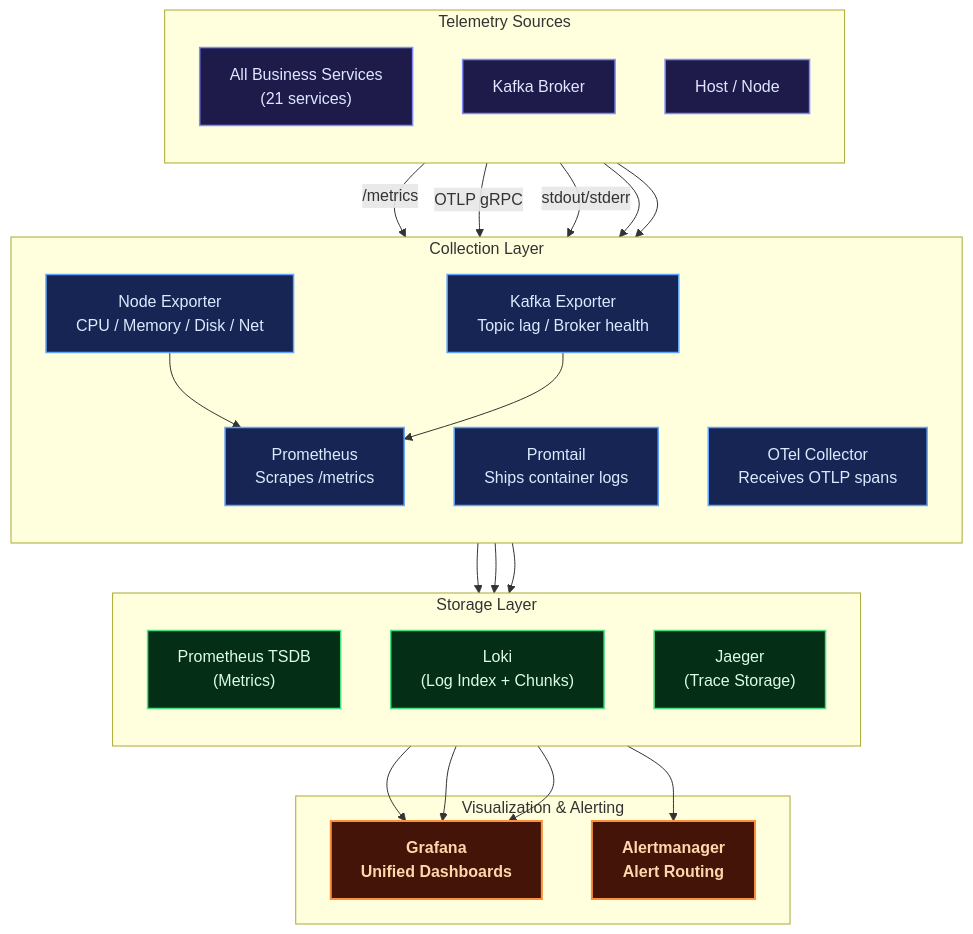
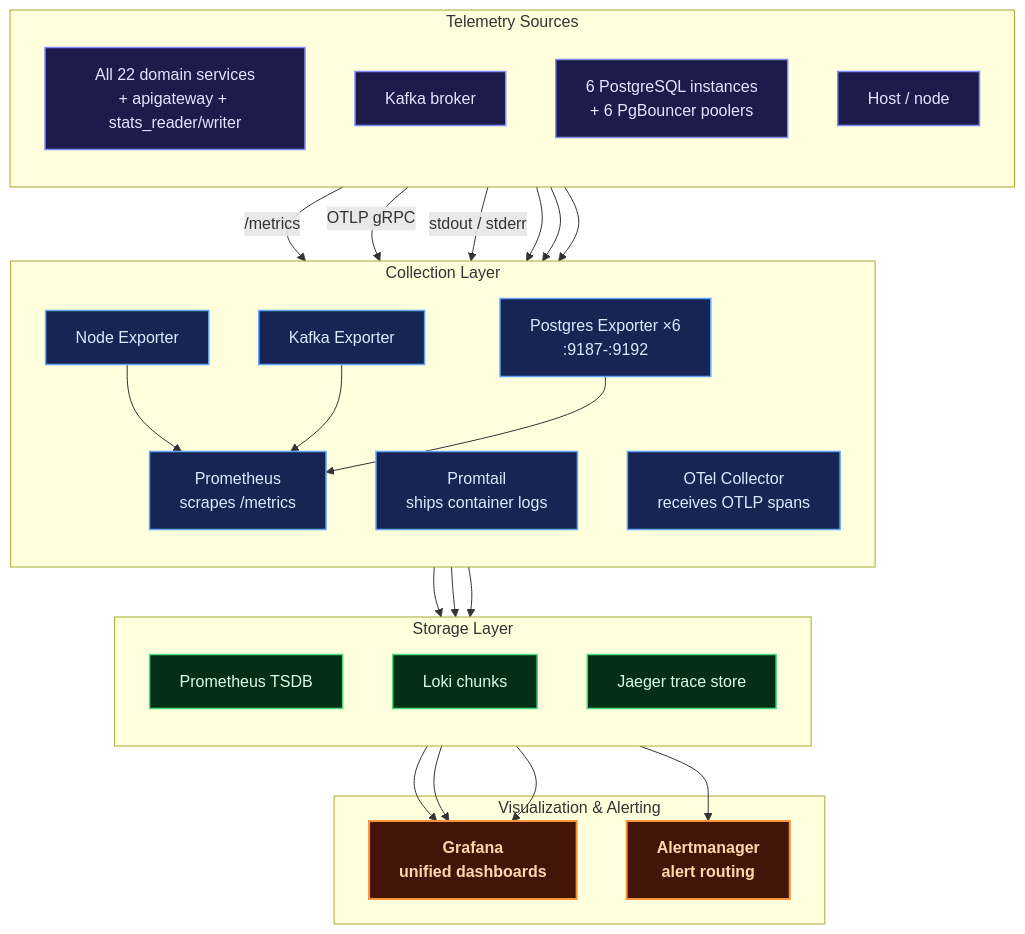
One commit to MamangRust/microservice-ecommerce-grpc-graphql changed diagram 12 of 14 in README.md. Above: the diagram before and after it, drawn with Mermaid. The commit also changed other lines of this file and 1253 other files, not shown here.

Commit message:
PostgreSQL cluster-per-bounded-context

````diff
--- a/README.md
+++ b/README.md
@@ -336,52 +812,56 @@
 ```mermaid
 graph TB
     classDef service fill:#1e1b4b,stroke:#818cf8,color:#e0e7ff,stroke-width:1.5px
     classDef collector fill:#172554,stroke:#60a5fa,color:#dbeafe,stroke-width:1.5px
     classDef storage fill:#052e16,stroke:#4ade80,color:#dcfce7,stroke-width:1.5px
     classDef viz fill:#431407,stroke:#fb923c,color:#fed7aa,stroke-width:2px,font-weight:bold
 
     subgraph Sources["Telemetry Sources"]
         direction TB
-        SVCS["All Business Services<br/>(21 services)"]:::service
-        KAFKA_SRC["Kafka Broker"]:::service
-        NODES["Host / Node"]:::service
+        SVCS["All 22 domain services<br/>+ apigateway + stats_reader/writer"]:::service
+        KAFKA_SRC["Kafka broker"]:::service
+        PG_SRC["6 PostgreSQL instances<br/>+ 6 PgBouncer poolers"]:::service
+        NODES["Host / node"]:::service
     end
 
     subgraph Collectors["Collection Layer"]
         direction TB
-        PROM["Prometheus<br/>Scrapes /metrics"]:::collector
-        PROMTAIL["Promtail<br/>Ships container logs"]:::collector
-        OTEL["OTel Collector<br/>Receives OTLP spans"]:::collector
-        NODEX["Node Exporter<br/>CPU / Memory / Disk / Net"]:::collector
-        KAFKAX["Kafka Exporter<br/>Topic lag / Broker health"]:::collector
+        PROM["Prometheus<br/>scrapes /metrics"]:::collector
+        PROMTAIL["Promtail<br/>ships container logs"]:::collector
+        OTEL["OTel Collector<br/>receives OTLP spans"]:::collector
+        NODEX["Node Exporter"]:::collector
+        KAFKAX["Kafka Exporter"]:::collector
+        PGX["Postgres Exporter ×6<br/>:9187-:9192"]:::collector
     end
 
     subgraph Storage["Storage Layer"]
         direction TB
-        PROM_TSDB["Prometheus TSDB<br/>(Metrics)"]:::storage
-        LOKI_STORE["Loki<br/>(Log Index + Chunks)"]:::storage
-        JAEGER_STORE["Jaeger<br/>(Trace Storage)"]:::storage
+        PROM_TSDB["Prometheus TSDB"]:::storage
+        LOKI_STORE["Loki chunks"]:::storage
+        JAEGER_STORE["Jaeger trace store"]:::storage
     end
 
     subgraph Visualization["Visualization & Alerting"]
-        GRAFANA["Grafana<br/>Unified Dashboards"]:::viz
-        ALERTMGR["Alertmanager<br/>Alert Routing"]:::viz
+        GRAFANA["Grafana<br/>unified dashboards"]:::viz
+        ALERTMGR["Alertmanager<br/>alert routing"]:::viz
     end
 
     SVCS -->|"/metrics"| PROM
     SVCS -->|"OTLP gRPC"| OTEL
-    SVCS -->|"stdout/stderr"| PROMTAIL
+    SVCS -->|"stdout / stderr"| PROMTAIL
     NODES --> NODEX
     KAFKA_SRC --> KAFKAX
+    PG_SRC --> PGX
 
     NODEX --> PROM
     KAFKAX --> PROM
+    PGX --> PROM
     PROM --> PROM_TSDB
     PROMTAIL --> LOKI_STORE
     OTEL --> JAEGER_STORE
 
     PROM_TSDB --> GRAFANA
     LOKI_STORE --> GRAFANA
     JAEGER_STORE --> GRAFANA
     PROM_TSDB --> ALERTMGR
 ```
````
